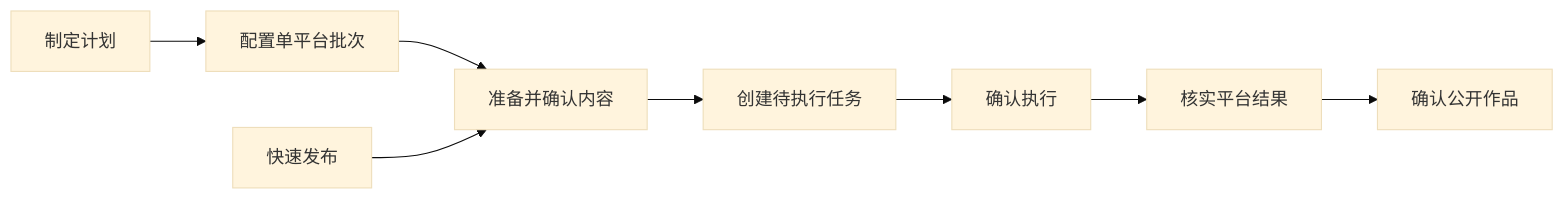
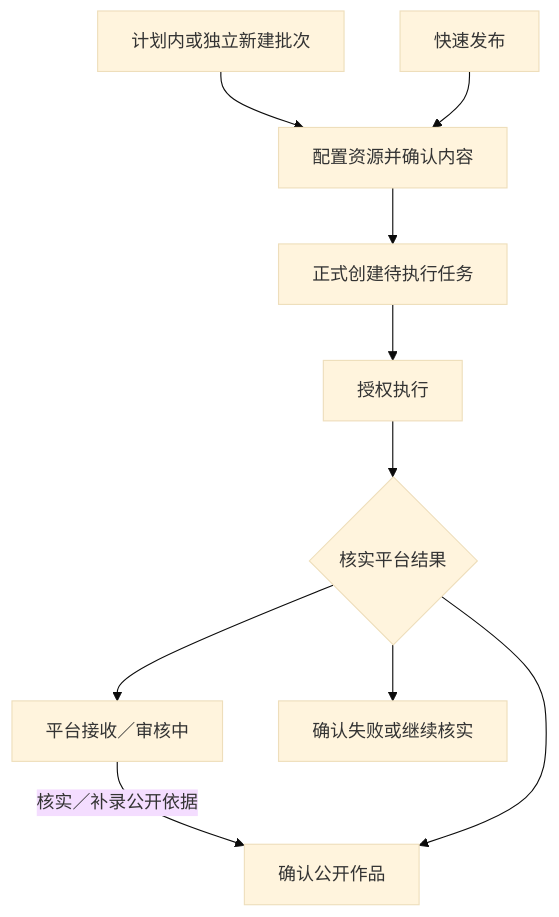
Before and after one commit to piqiu96/wt-media-workspace: the second of 6 diagrams in docs/product/prd/详细文档/第六章_发布管理.md, drawn with Mermaid (base theme). The commit also changed other lines of this file, not shown here.

````diff
--- a/docs/product/prd/详细文档/第六章_发布管理.md
+++ b/docs/product/prd/详细文档/第六章_发布管理.md
@@ -24,10 +39,12 @@
 ```mermaid
-flowchart LR
-    P[制定计划] --> B[配置单平台批次]
-    B --> C[准备并确认内容]
+flowchart TD
+    B[计划内或独立新建批次] --> C[配置资源并确认内容]
     Q[快速发布] --> C
-    C --> T[创建待执行任务]
-    T --> E[确认执行]
-    E --> R[核实平台结果]
-    R --> W[确认公开作品]
+    C --> T[正式创建待执行任务]
+    T --> E[授权执行]
+    E --> R{核实平台结果}
+    R --> A[平台接收／审核中]
+    A -->|核实／补录公开依据| W[确认公开作品]
+    R --> W
+    R --> F[确认失败或继续核实]
 ```
````
